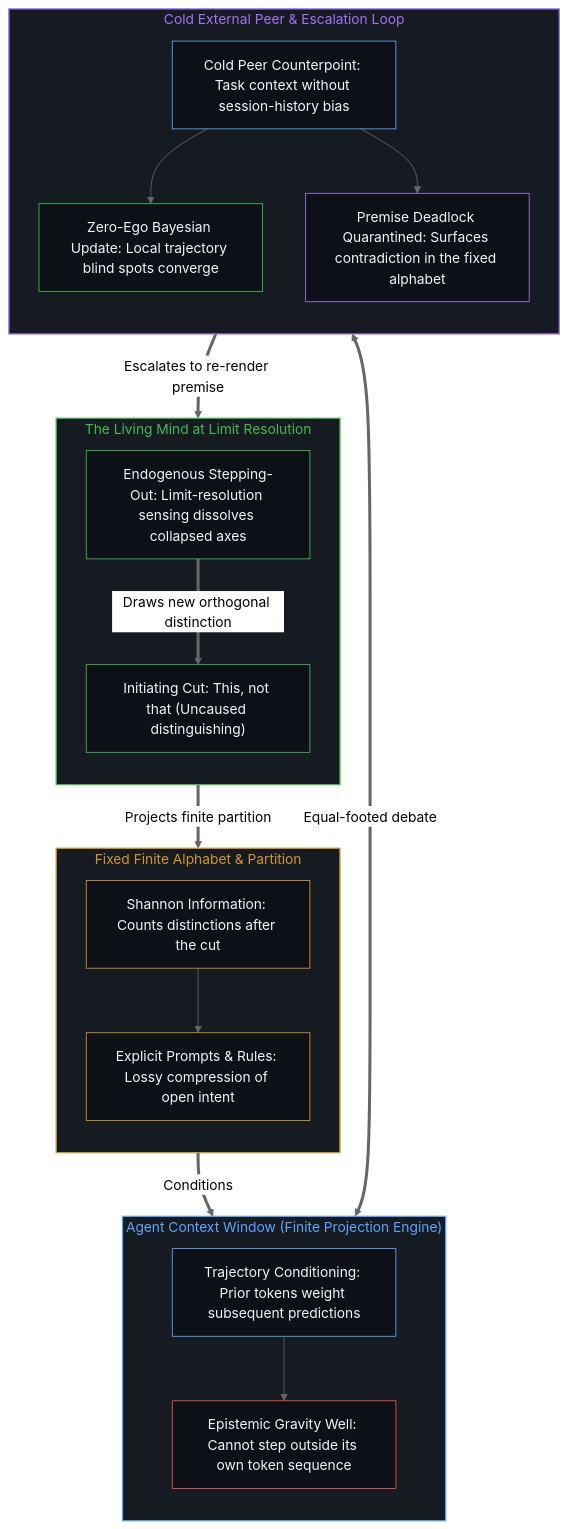
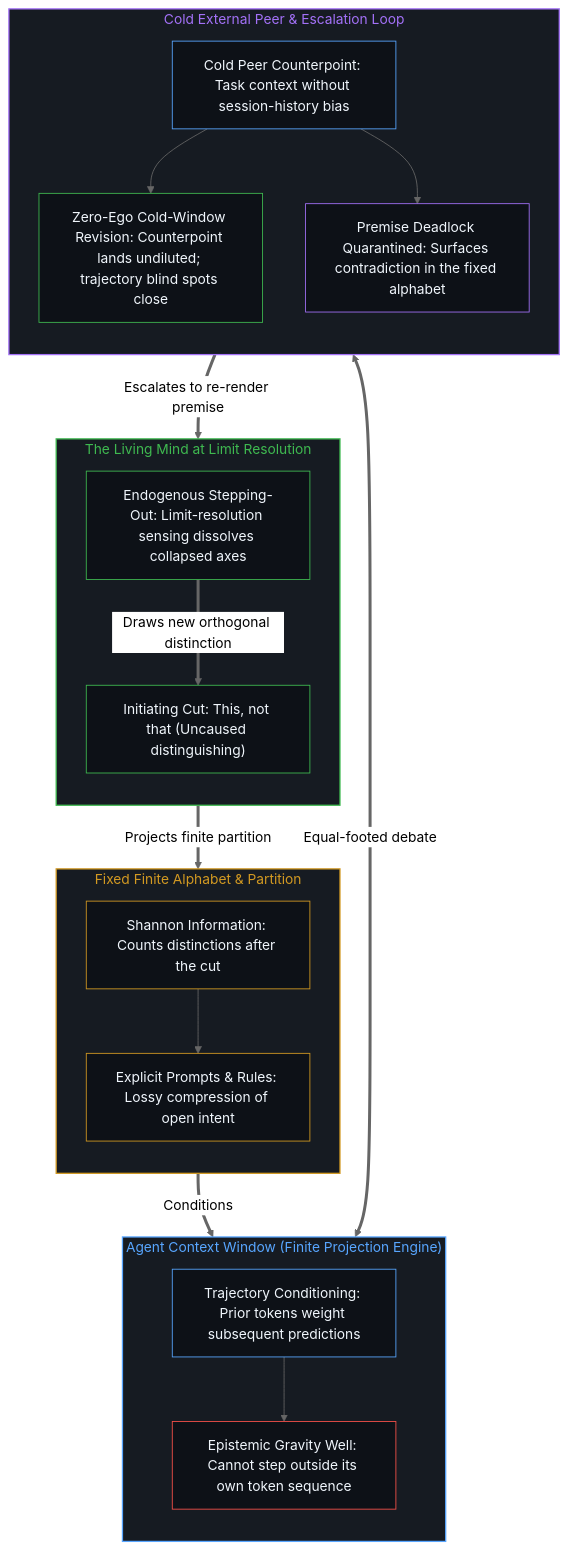
Before and after one commit to powerpig99/not-a-toe: the second of 2 diagrams in content/posts/what-information-is.md, drawn with Mermaid (neutral theme). The commit also changed other lines of this file and 48 other files, not shown here.

````diff
--- a/content/posts/what-information-is.md
+++ b/content/posts/what-information-is.md
@@ -92,46 +92,46 @@
 ```mermaid
 flowchart TD
     subgraph S_Mind["The Living Mind at Limit Resolution"]
         direction TB
         C1["Initiating Cut: This, not that (Uncaused distinguishing)"]
         C2["Endogenous Stepping-Out: Limit-resolution sensing dissolves collapsed axes"]
     end
     subgraph S_Alphabet["Fixed Finite Alphabet & Partition"]
         direction TB
         M1["Shannon Information: Counts distinctions after the cut"]
         M2["Explicit Prompts & Rules: Lossy compression of open intent"]
         M1 --> M2
     end
     subgraph S_Engine["Agent Context Window (Finite Projection Engine)"]
         direction TB
         E1["Trajectory Conditioning: Prior tokens weight subsequent predictions"]
         E2["Epistemic Gravity Well: Cannot step outside its own token sequence"]
         E1 --> E2
     end
     subgraph S_Peer["Cold External Peer & Escalation Loop"]
         direction TB
         P1["Cold Peer Counterpoint: Task context without session-history bias"]
-        P2["Zero-Ego Bayesian Update: Local trajectory blind spots converge"]
+        P2["Zero-Ego Cold-Window Revision: Counterpoint lands undiluted; trajectory blind spots close"]
         P3["Premise Deadlock Quarantined: Surfaces contradiction in the fixed alphabet"]
         P1 --> P2
         P1 --> P3
     end
     C1 ==>|"Projects finite partition"| M1
     M2 ==>|"Conditions"| E1
     E2 <===>|"Equal-footed debate"| P1
     P3 ==>|"Escalates to re-render premise"| C2
     C2 ==>|"Draws new orthogonal distinction"| C1
     style S_Mind fill:#161b22,stroke:#3fb950,stroke-width:1.5px,color:#3fb950
     style S_Alphabet fill:#161b22,stroke:#d29922,stroke-width:1.5px,color:#d29922
     style S_Engine fill:#161b22,stroke:#58a6ff,stroke-width:1.5px,color:#58a6ff
     style S_Peer fill:#161b22,stroke:#a371f7,stroke-width:1.5px,color:#a371f7
     style C1 fill:#0d1117,stroke:#3fb950,stroke-width:1px,color:#f0f6fc
     style C2 fill:#0d1117,stroke:#3fb950,stroke-width:1px,color:#f0f6fc
     style M1 fill:#0d1117,stroke:#d29922,stroke-width:1px,color:#f0f6fc
     style M2 fill:#0d1117,stroke:#d29922,stroke-width:1px,color:#f0f6fc
     style E1 fill:#0d1117,stroke:#58a6ff,stroke-width:1px,color:#f0f6fc
     style E2 fill:#0d1117,stroke:#f85149,stroke-width:1px,color:#f0f6fc
     style P1 fill:#0d1117,stroke:#58a6ff,stroke-width:1px,color:#f0f6fc
     style P2 fill:#0d1117,stroke:#3fb950,stroke-width:1px,color:#f0f6fc
     style P3 fill:#0d1117,stroke:#a371f7,stroke-width:1px,color:#f0f6fc
 ```
````
